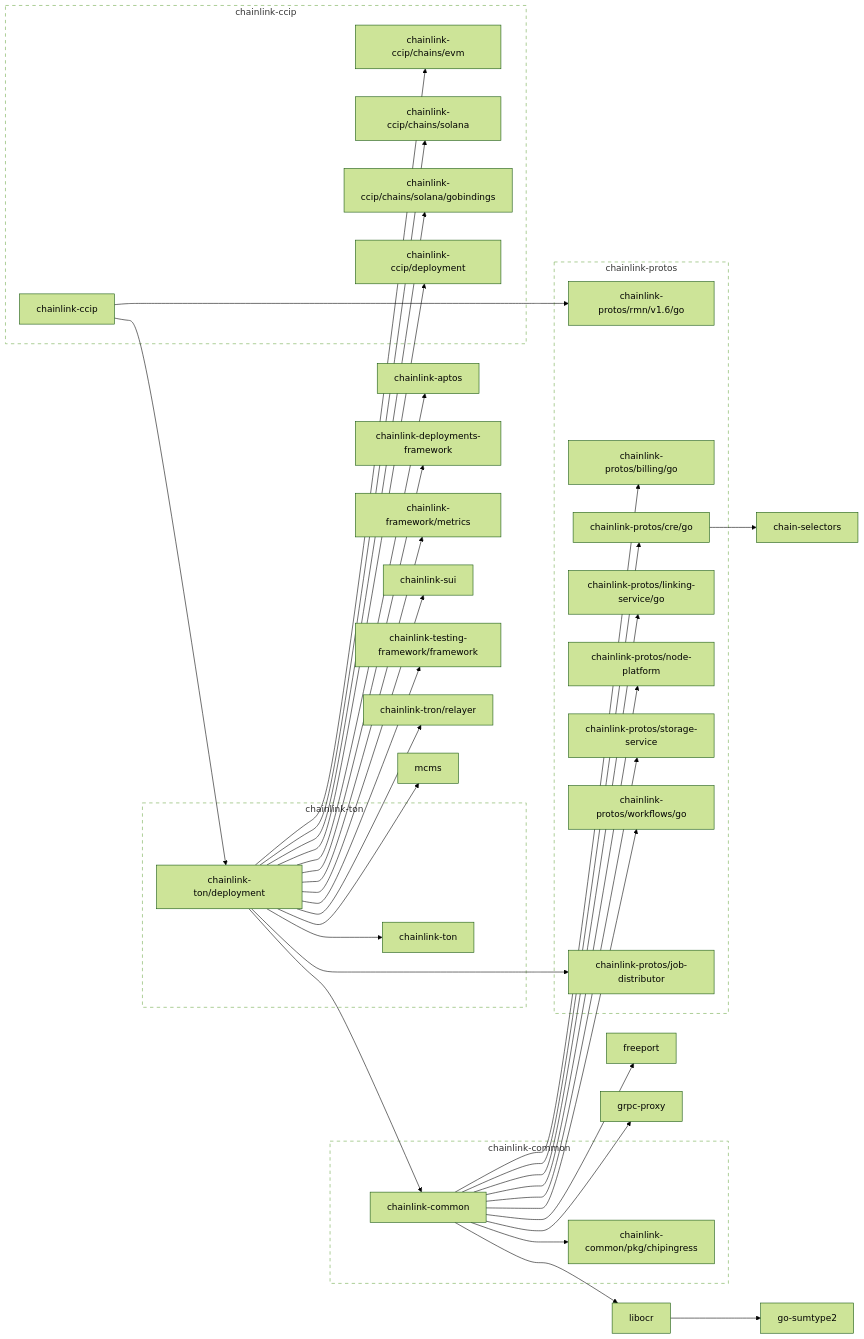
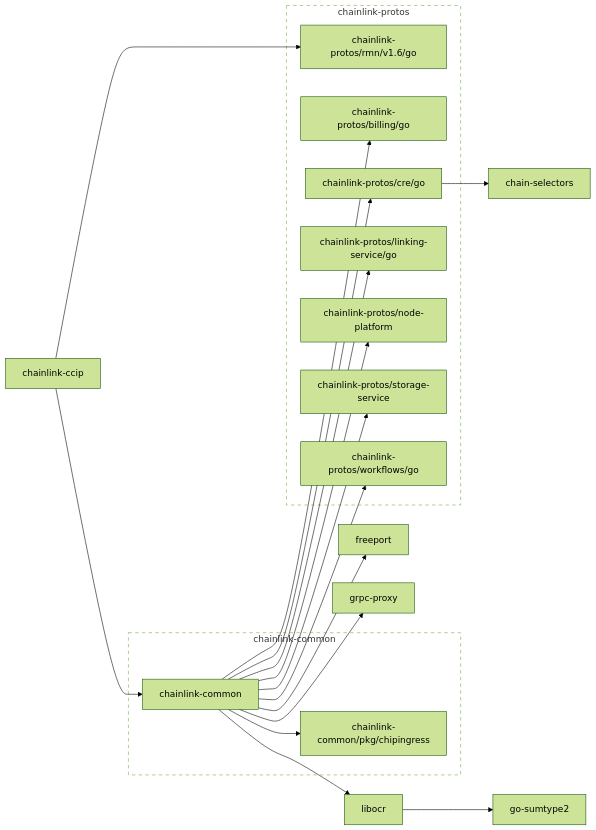
The first of 2 diagrams in go.md (smartcontractkit/chainlink-ccip), drawn with Mermaid (forest theme) before and after one commit. The commit also changed other lines of this file and 4 other files, not shown here.

````diff
--- a/go.md
+++ b/go.md
@@ -5,19 +5,9 @@
 
 	chain-selectors
 	click chain-selectors href "https://github.com/smartcontractkit/chain-selectors"
-	chainlink-aptos
-	click chainlink-aptos href "https://github.com/smartcontractkit/chainlink-aptos"
+	chainlink-ccip --> chainlink-common
 	chainlink-ccip --> chainlink-protos/rmn/v1.6/go
-	chainlink-ccip --> chainlink-ton/deployment
 	click chainlink-ccip href "https://github.com/smartcontractkit/chainlink-ccip"
-	chainlink-ccip/chains/evm
-	click chainlink-ccip/chains/evm href "https://github.com/smartcontractkit/chainlink-ccip"
-	chainlink-ccip/chains/solana
-	click chainlink-ccip/chains/solana href "https://github.com/smartcontractkit/chainlink-ccip"
-	chainlink-ccip/chains/solana/gobindings
-	click chainlink-ccip/chains/solana/gobindings href "https://github.com/smartcontractkit/chainlink-ccip"
-	chainlink-ccip/deployment
-	click chainlink-ccip/deployment href "https://github.com/smartcontractkit/chainlink-ccip"
 	chainlink-common --> chainlink-common/pkg/chipingress
 	chainlink-common --> chainlink-protos/billing/go
 	chainlink-common --> chainlink-protos/cre/go
@@ -31,16 +21,10 @@
 	click chainlink-common href "https://github.com/smartcontractkit/chainlink-common"
 	chainlink-common/pkg/chipingress
 	click chainlink-common/pkg/chipingress href "https://github.com/smartcontractkit/chainlink-common"
-	chainlink-deployments-framework
-	click chainlink-deployments-framework href "https://github.com/smartcontractkit/chainlink-deployments-framework"
-	chainlink-framework/metrics
-	click chainlink-framework/metrics href "https://github.com/smartcontractkit/chainlink-framework"
 	chainlink-protos/billing/go
 	click chainlink-protos/billing/go href "https://github.com/smartcontractkit/chainlink-protos"
 	chainlink-protos/cre/go --> chain-selectors
 	click chainlink-protos/cre/go href "https://github.com/smartcontractkit/chainlink-protos"
-	chainlink-protos/job-distributor
-	click chainlink-protos/job-distributor href "https://github.com/smartcontractkit/chainlink-protos"
 	chainlink-protos/linking-service/go
 	click chainlink-protos/linking-service/go href "https://github.com/smartcontractkit/chainlink-protos"
 	chainlink-protos/node-platform
@@ -51,29 +35,6 @@
 	click chainlink-protos/storage-service href "https://github.com/smartcontractkit/chainlink-protos"
 	chainlink-protos/workflows/go
 	click chainlink-protos/workflows/go href "https://github.com/smartcontractkit/chainlink-protos"
-	chainlink-sui
-	click chainlink-sui href "https://github.com/smartcontractkit/chainlink-sui"
-	chainlink-testing-framework/framework
-	click chainlink-testing-framework/framework href "https://github.com/smartcontractkit/chainlink-testing-framework"
-	chainlink-ton
-	click chainlink-ton href "https://github.com/smartcontractkit/chainlink-ton"
-	chainlink-ton/deployment --> chainlink-aptos
-	chainlink-ton/deployment --> chainlink-ccip/chains/evm
-	chainlink-ton/deployment --> chainlink-ccip/chains/solana
-	chainlink-ton/deployment --> chainlink-ccip/chains/solana/gobindings
-	chainlink-ton/deployment --> chainlink-ccip/deployment
-	chainlink-ton/deployment --> chainlink-common
-	chainlink-ton/deployment --> chainlink-deployments-framework
-	chainlink-ton/deployment --> chainlink-framework/metrics
-	chainlink-ton/deployment --> chainlink-protos/job-distributor
-	chainlink-ton/deployment --> chainlink-sui
-	chainlink-ton/deployment --> chainlink-testing-framework/framework
-	chainlink-ton/deployment --> chainlink-ton
-	chainlink-ton/deployment --> chainlink-tron/relayer
-	chainlink-ton/deployment --> mcms
-	click chainlink-ton/deployment href "https://github.com/smartcontractkit/chainlink-ton"
-	chainlink-tron/relayer
-	click chainlink-tron/relayer href "https://github.com/smartcontractkit/chainlink-tron"
 	freeport
 	click freeport href "https://github.com/smartcontractkit/freeport"
 	go-sumtype2
@@ -82,17 +43,6 @@
 	click grpc-proxy href "https://github.com/smartcontractkit/grpc-proxy"
 	libocr --> go-sumtype2
 	click libocr href "https://github.com/smartcontractkit/libocr"
-	mcms
-	click mcms href "https://github.com/smartcontractkit/mcms"
-
-	subgraph chainlink-ccip-repo[chainlink-ccip]
-		 chainlink-ccip
-		 chainlink-ccip/chains/evm
-		 chainlink-ccip/chains/solana
-		 chainlink-ccip/chains/solana/gobindings
-		 chainlink-ccip/deployment
-	end
-	click chainlink-ccip-repo href "https://github.com/smartcontractkit/chainlink-ccip"
 
 	subgraph chainlink-common-repo[chainlink-common]
 		 chainlink-common
@@ -103,7 +53,6 @@
 	subgraph chainlink-protos-repo[chainlink-protos]
 		 chainlink-protos/billing/go
 		 chainlink-protos/cre/go
-		 chainlink-protos/job-distributor
 		 chainlink-protos/linking-service/go
 		 chainlink-protos/node-platform
 		 chainlink-protos/rmn/v1.6/go
@@ -112,12 +61,6 @@
 	end
 	click chainlink-protos-repo href "https://github.com/smartcontractkit/chainlink-protos"
 
-	subgraph chainlink-ton-repo[chainlink-ton]
-		 chainlink-ton
-		 chainlink-ton/deployment
-	end
-	click chainlink-ton-repo href "https://github.com/smartcontractkit/chainlink-ton"
-
 	classDef outline stroke-dasharray:6,fill:none;
-	class chainlink-ccip-repo,chainlink-common-repo,chainlink-protos-repo,chainlink-ton-repo outline
+	class chainlink-common-repo,chainlink-protos-repo outline
 ```
````
